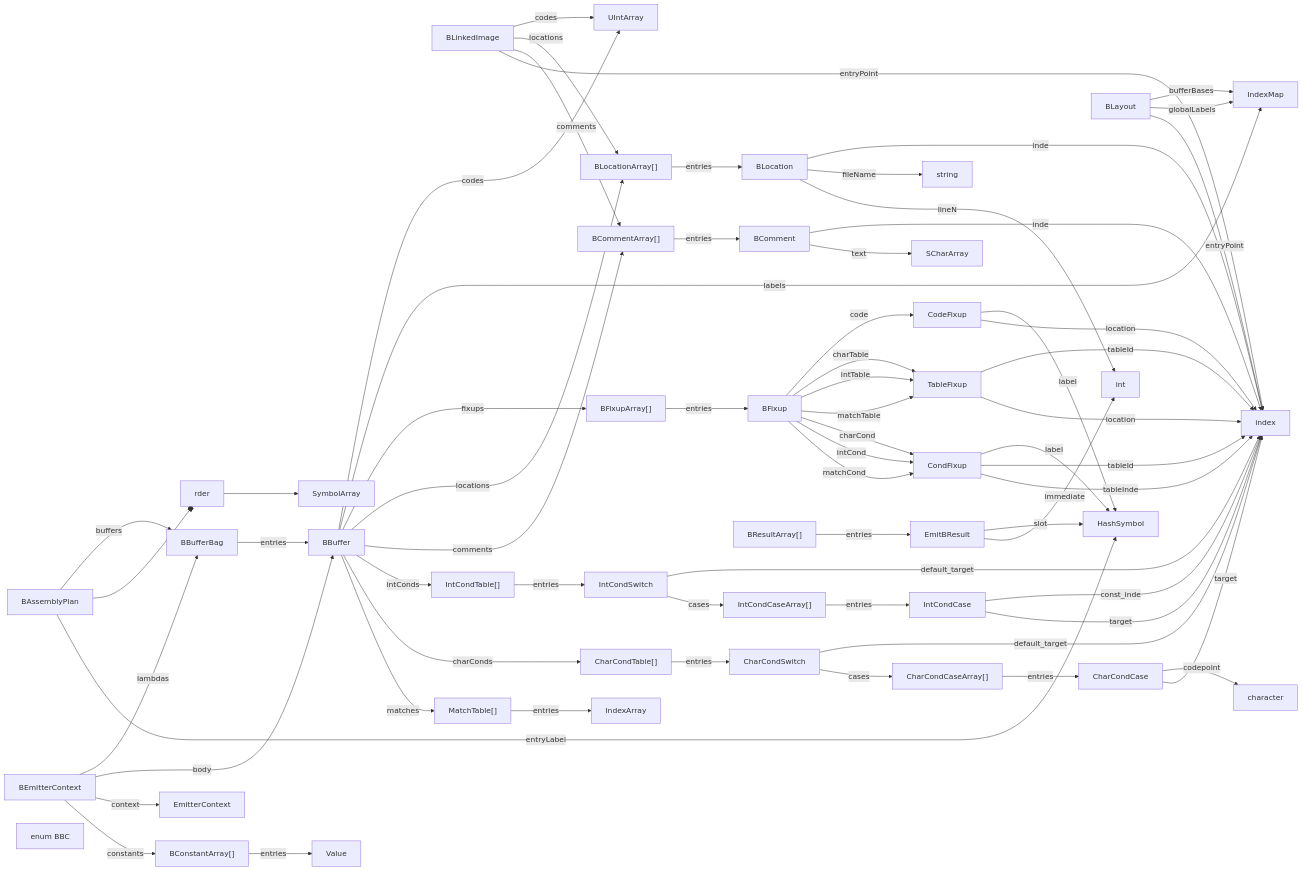
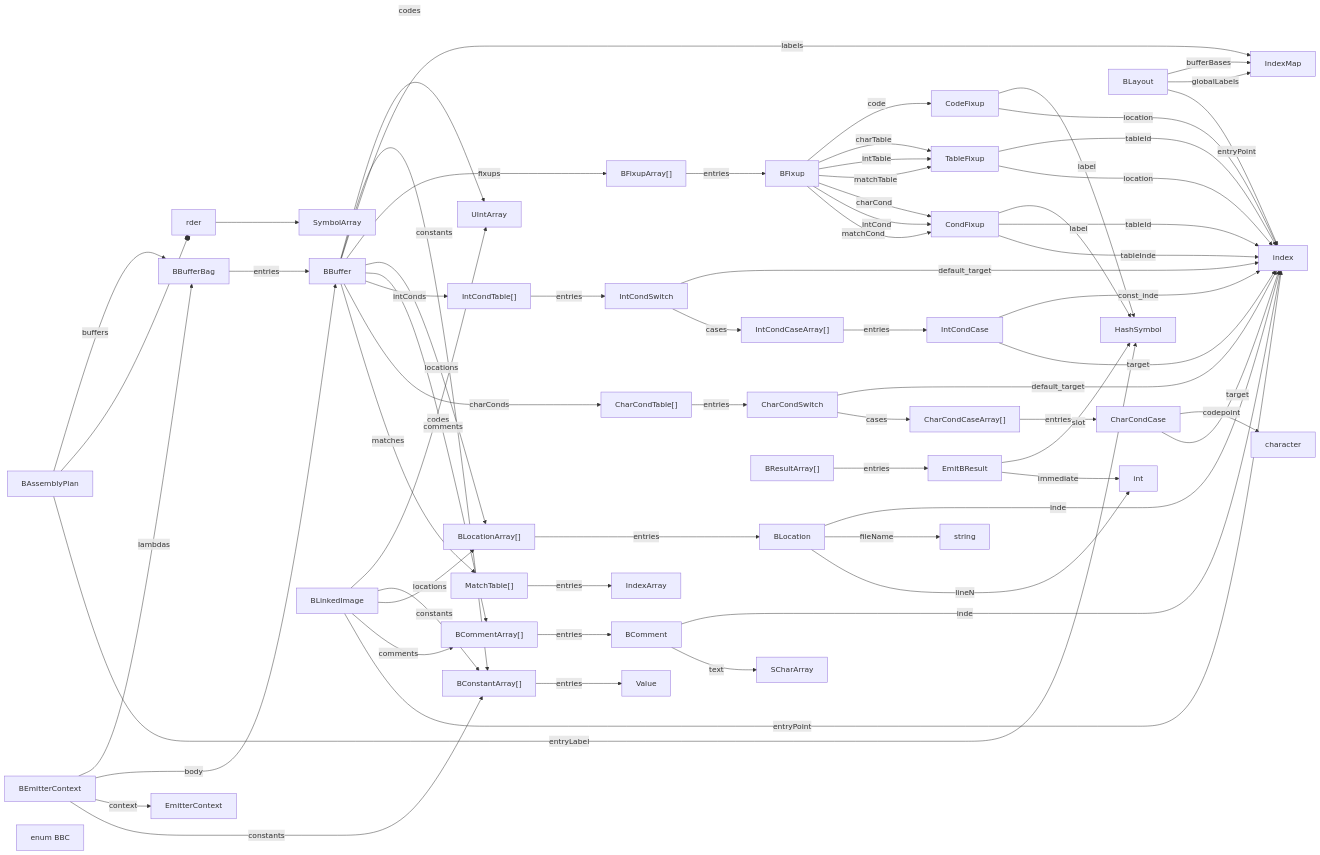
One commit to billhails/CEKF changed the diagram in docs/generated/emit_b.md. Above: the diagram before and after it, drawn with Mermaid. The commit also changed 6 other files, not shown here.

````diff
--- a/docs/generated/emit_b.md
+++ b/docs/generated/emit_b.md
@@ -5,66 +5,68 @@
 ```mermaid
 flowchart LR
 BBufferBag --entries--> BBuffer
 BEmitterContext --lambdas--> BBufferBag
 BEmitterContext --body--> BBuffer
 BEmitterContext --context--> EmitterContext
 BEmitterContext --constants--> BConstantArray
 BAssemblyPlan --buffers--> BBufferBag
 BAssemblyPlan --order--> SymbolArray
 BAssemblyPlan --entryLabel--> HashSymbol
 BLayout --bufferBases--> IndexMap
 BLayout --globalLabels--> IndexMap
 BLayout --entryPoint--> index
 BLinkedImage --codes--> UIntArray
+BLinkedImage --constants--> BConstantArray
 BLinkedImage --locations--> BLocationArray
 BLinkedImage --comments--> BCommentArray
 BLinkedImage --entryPoint--> index
 BBuffer --codes--> UIntArray
+BBuffer --constants--> BConstantArray
 BBuffer --labels--> IndexMap
 BBuffer --fixups--> BFixupArray
 BBuffer --locations--> BLocationArray
 BBuffer --comments--> BCommentArray
 BBuffer --intConds--> IntCondTable
 BBuffer --charConds--> CharCondTable
 BBuffer --matches--> MatchTable
 BLocation --index--> index
 BLocation --fileName--> string
 BLocation --lineNo--> int
 BComment --index--> index
 BComment --text--> SCharArray
 IntCondCase --const_index--> index
 IntCondCase --target--> index
 CharCondCase --codepoint--> character
 CharCondCase --target--> index
 IntCondSwitch --default_target--> index
 IntCondSwitch --cases--> IntCondCaseArray
 CharCondSwitch --default_target--> index
 CharCondSwitch --cases--> CharCondCaseArray
 CondFixup --label--> HashSymbol
 CondFixup --tableId--> index
 CondFixup --tableIndex--> index
 CodeFixup --label--> HashSymbol
 CodeFixup --location--> index
 TableFixup --tableId--> index
 TableFixup --location--> index
 EmitBResult --slot--> HashSymbol
 EmitBResult --immediate--> int
 BFixup --code--> CodeFixup
 BFixup --charTable--> TableFixup
 BFixup --intTable--> TableFixup
 BFixup --matchTable--> TableFixup
 BFixup --charCond--> CondFixup
 BFixup --intCond--> CondFixup
 BFixup --matchCond--> CondFixup
 BBC["enum BBC"]
 BResultArray["BResultArray[]"] --entries--> EmitBResult
 BFixupArray["BFixupArray[]"] --entries--> BFixup
 BLocationArray["BLocationArray[]"] --entries--> BLocation
 BCommentArray["BCommentArray[]"] --entries--> BComment
 BConstantArray["BConstantArray[]"] --entries--> Value
 IntCondCaseArray["IntCondCaseArray[]"] --entries--> IntCondCase
 CharCondCaseArray["CharCondCaseArray[]"] --entries--> CharCondCase
 IntCondTable["IntCondTable[]"] --entries--> IntCondSwitch
 CharCondTable["CharCondTable[]"] --entries--> CharCondSwitch
 MatchTable["MatchTable[]"] --entries--> IndexArray
 ```
````
